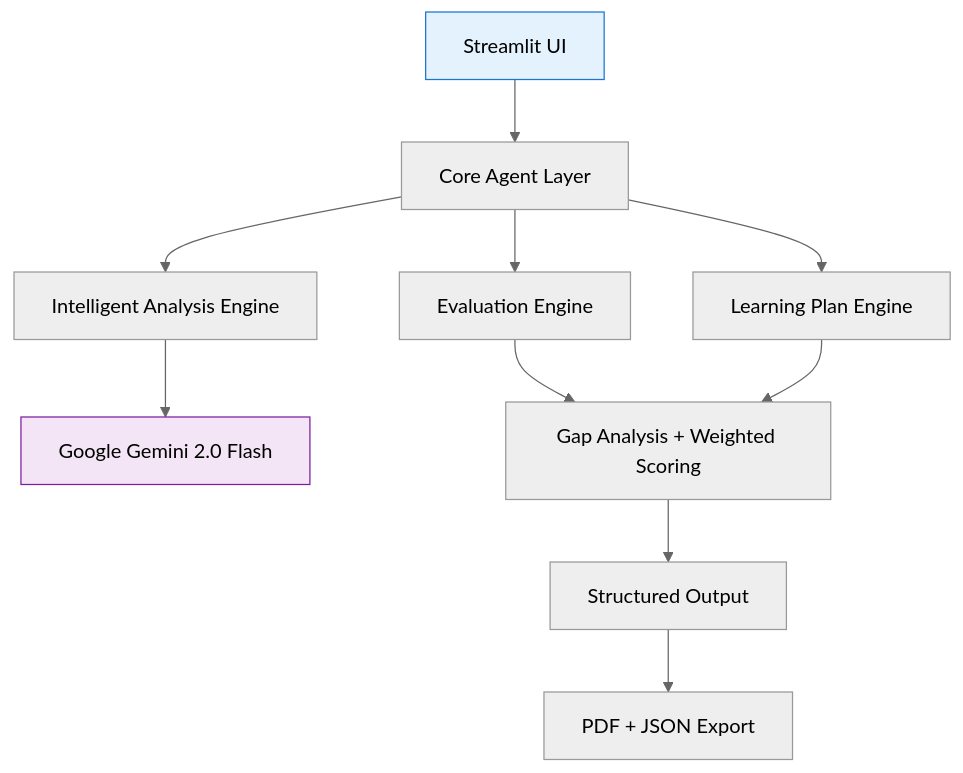
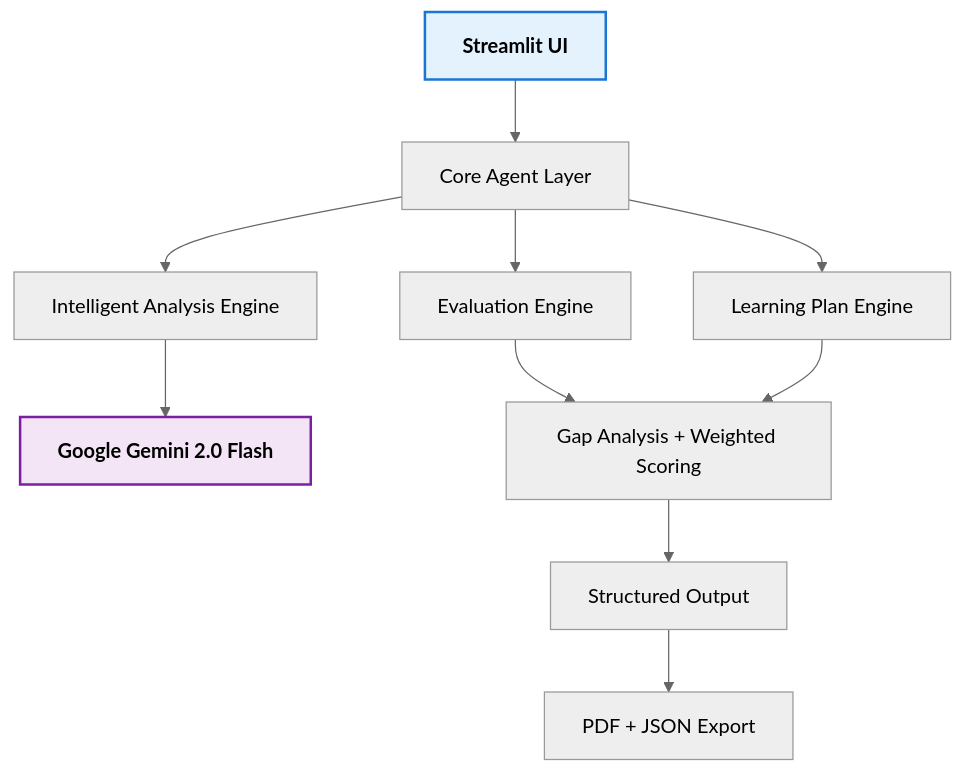
The diagram in README.md (sai-6/Catalyst-hackathon), drawn with Mermaid (neutral theme) before and after one commit. The commit also changed other lines of this file, not shown here.

Commit message:
Final README.md - clean Mermaid diagram + normalized line endings

````diff
--- a/README.md
+++ b/README.md
@@ -23,14 +23,14 @@
 ```mermaid
 graph TD
-    A[Streamlit UI] --> B[Core Agent Layer]
+    A[<b>Streamlit UI</b>] --> B[Core Agent Layer]
     B --> C[Intelligent Analysis Engine]
-    C --> D[Google Gemini 2.0 Flash]
+    C --> D[<b>Google Gemini 2.0 Flash</b>]
     B --> E[Evaluation Engine]
     B --> F[Learning Plan Engine]
     E & F --> G[Gap Analysis + Weighted Scoring]
     G --> H[Structured Output]
     H --> I[PDF + JSON Export]
 
-    style A fill:#e3f2fd,stroke:#1976d2
-    style D fill:#f3e5f5,stroke:#7b1fa2
+    style A fill:#e3f2fd,stroke:#1976d2,color:#000,stroke-width:2px
+    style D fill:#f3e5f5,stroke:#7b1fa2,color:#000,stroke-width:2px
 ```
````
